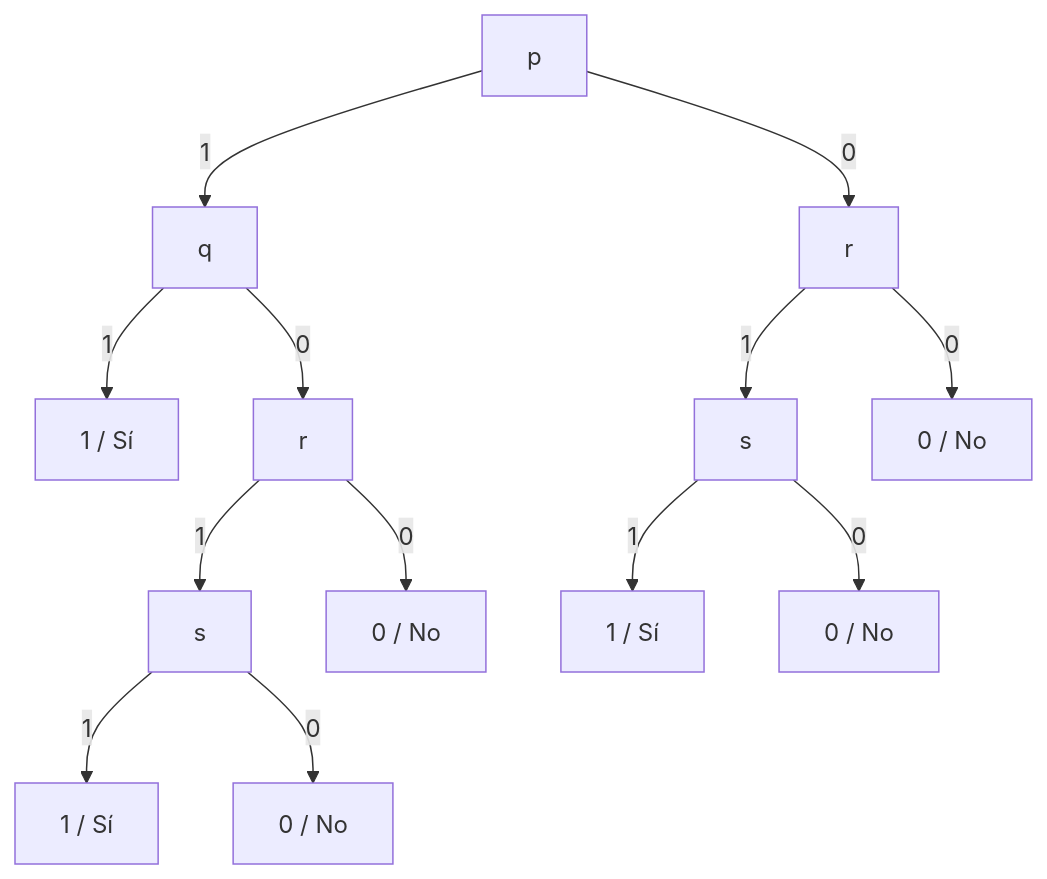
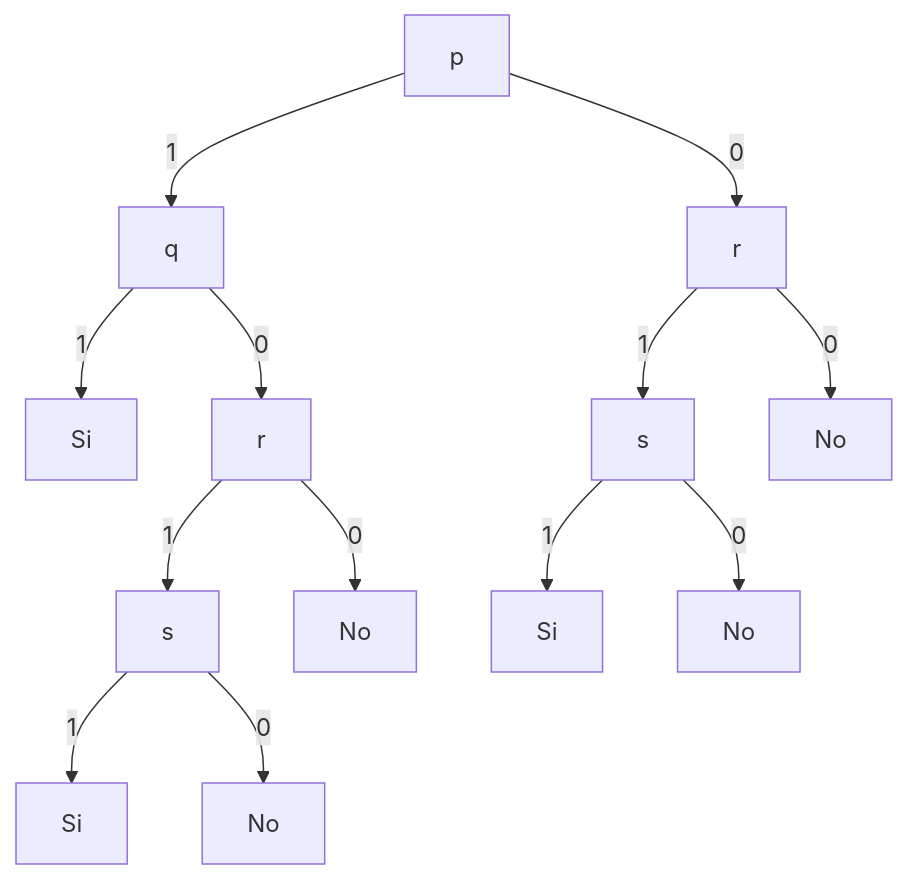
The fourth of 5 diagrams in practicos/practico 2/resultados/ejercicio_01.md (santrodriguez21/aprendizaje-automatico), drawn with Mermaid before and after one commit. The commit also changed other lines of this file and 4 other files, not shown here.

````diff
--- a/practicos/practico 2/resultados/ejercicio_01.md
+++ b/practicos/practico 2/resultados/ejercicio_01.md
@@ -140,15 +97,15 @@
 ```mermaid
 graph TD
     P[p] -->|1| Q[q]
     P -->|0| R1[r]
-    Q -->|1| S1[1 / Sí]
+    Q -->|1| S1[Si]
     Q -->|0| R2[r]
     R1 -->|1| S_1[s]
-    R1 -->|0| N1[0 / No]
+    R1 -->|0| N1[No]
     R2 -->|1| S_2[s]
-    R2 -->|0| N2[0 / No]
-    S_1 -->|1| S2[1 / Sí]
-    S_1 -->|0| N3[0 / No]
-    S_2 -->|1| S3[1 / Sí]
-    S_2 -->|0| N4[0 / No]
+    R2 -->|0| N2[No]
+    S_1 -->|1| S2[Si]
+    S_1 -->|0| N3[No]
+    S_2 -->|1| S3[Si]
+    S_2 -->|0| N4[No]
 ```
````
